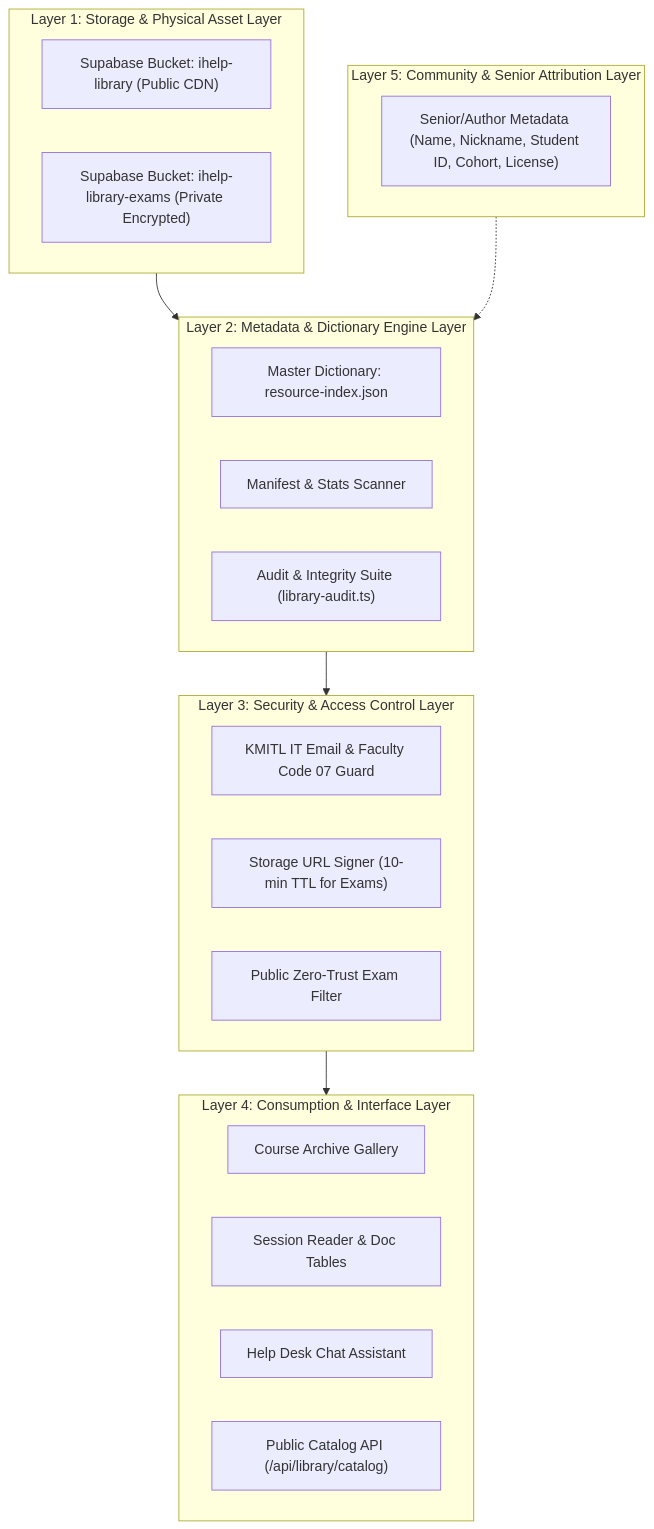
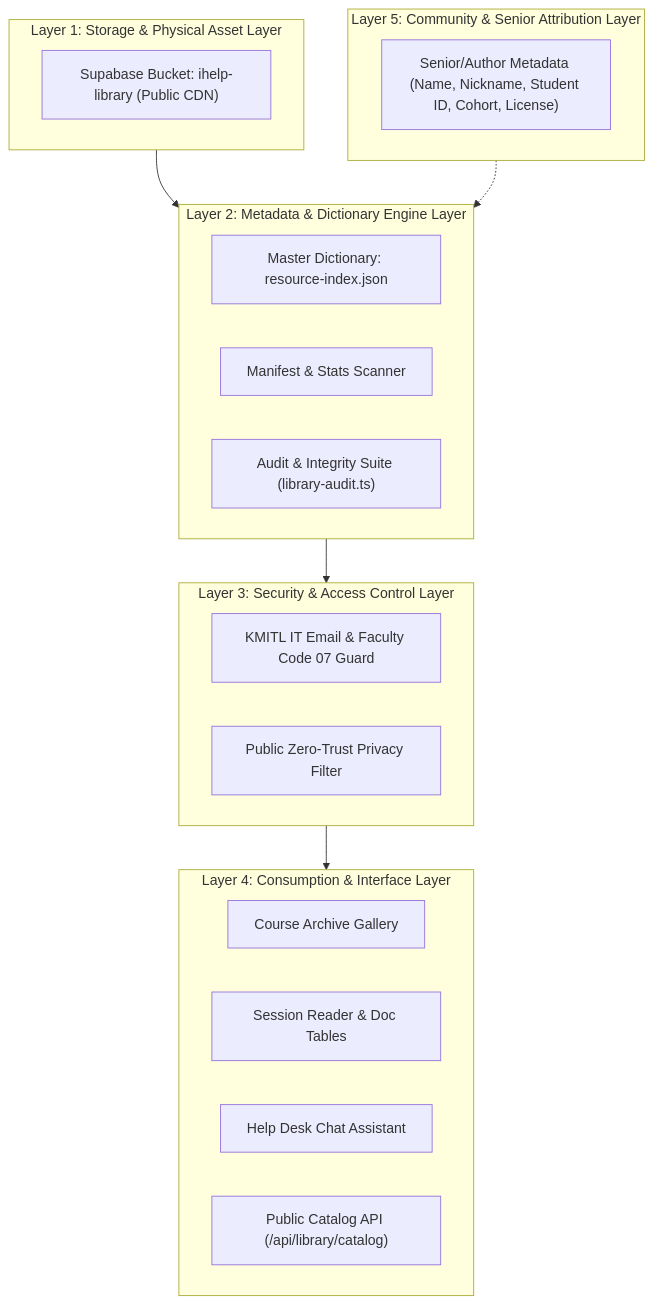
The fifth of 5 diagrams in docs/LIBRARY_ARCHITECTURE_AND_WORKFLOW.md (Jesselpetry/ihelp), drawn with Mermaid before and after one commit. The commit also changed other lines of this file and 72 other files, not shown here.

````diff
--- a/docs/LIBRARY_ARCHITECTURE_AND_WORKFLOW.md
+++ b/docs/LIBRARY_ARCHITECTURE_AND_WORKFLOW.md
@@ -187,35 +177,33 @@
 ```mermaid
 graph TB
     subgraph Layer5["Layer 5: Community & Senior Attribution Layer"]
         Senior["Senior/Author Metadata (Name, Nickname, Student ID, Cohort, License)"]
     end
 
     subgraph Layer4["Layer 4: Consumption & Interface Layer"]
         WebGallery["Course Archive Gallery"]
         DocReader["Session Reader & Doc Tables"]
         ChatBot["Help Desk Chat Assistant"]
         PublicAPI["Public Catalog API (/api/library/catalog)"]
     end
 
     subgraph Layer3["Layer 3: Security & Access Control Layer"]
         AuthGuard["KMITL IT Email & Faculty Code 07 Guard"]
-        Signer["Storage URL Signer (10-min TTL for Exams)"]
-        PublicSanitizer["Public Zero-Trust Exam Filter"]
+        PublicSanitizer["Public Zero-Trust Privacy Filter"]
     end
 
     subgraph Layer2["Layer 2: Metadata & Dictionary Engine Layer"]
         ResourceIndex["Master Dictionary: resource-index.json"]
         ManifestEngine["Manifest & Stats Scanner"]
         AuditEngine["Audit & Integrity Suite (library-audit.ts)"]
     end
 
     subgraph Layer1["Layer 1: Storage & Physical Asset Layer"]
         SupabasePublic["Supabase Bucket: ihelp-library (Public CDN)"]
-        SupabasePrivate["Supabase Bucket: ihelp-library-exams (Private Encrypted)"]
     end
 
     Layer1 --> Layer2
     Layer2 --> Layer3
     Layer3 --> Layer4
     Layer5 -.-> Layer2
 ```
````
